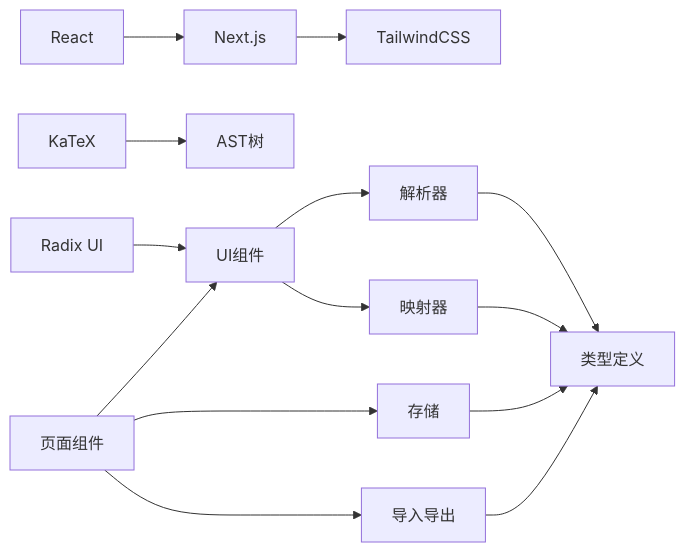
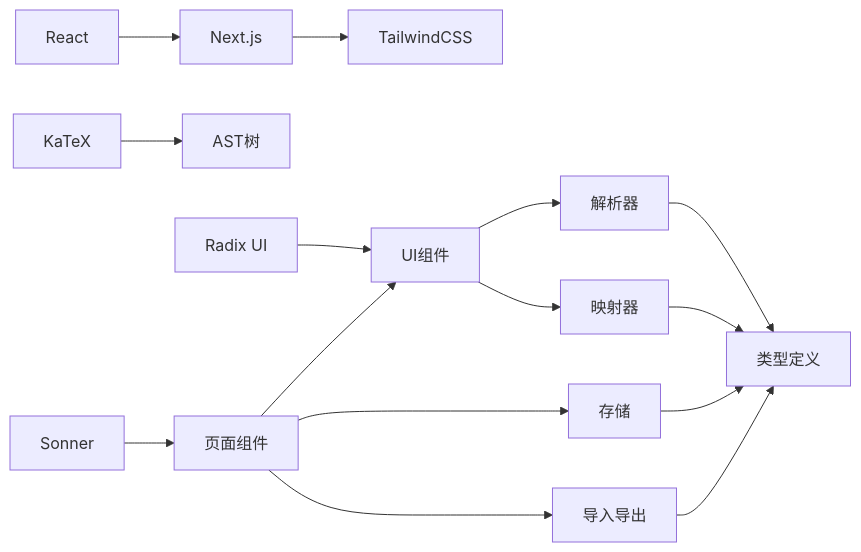
Before and after one commit to steveyu2/formula-mapper: the third of 5 diagrams in .qoder/repowiki/zh/content/用户指南/用户指南.md, drawn with Mermaid. The commit also changed other lines of this file and 7 other files, not shown here.

````diff
--- a/.qoder/repowiki/zh/content/用户指南/用户指南.md
+++ b/.qoder/repowiki/zh/content/用户指南/用户指南.md
@@ -303,16 +338,17 @@
 ```mermaid
 graph LR
 React["React"] --> Next["Next.js"]
 Next --> Tailwind["TailwindCSS"]
 KaTeX["KaTeX"] --> ASTTree["AST树"]
 Radix["Radix UI"] --> UIComp["UI组件"]
-Page["页面组件"] --> UIComp
+Sonner["Sonner"] --> Page["页面组件"]
+Page --> UIComp
 UIComp --> Parser["解析器"]
 UIComp --> Mapper["映射器"]
 Page --> Storage["存储"]
 Page --> ImportExport["导入导出"]
 Parser --> Types["类型定义"]
 Mapper --> Types
 Storage --> Types
 ImportExport --> Types
 ```
````
